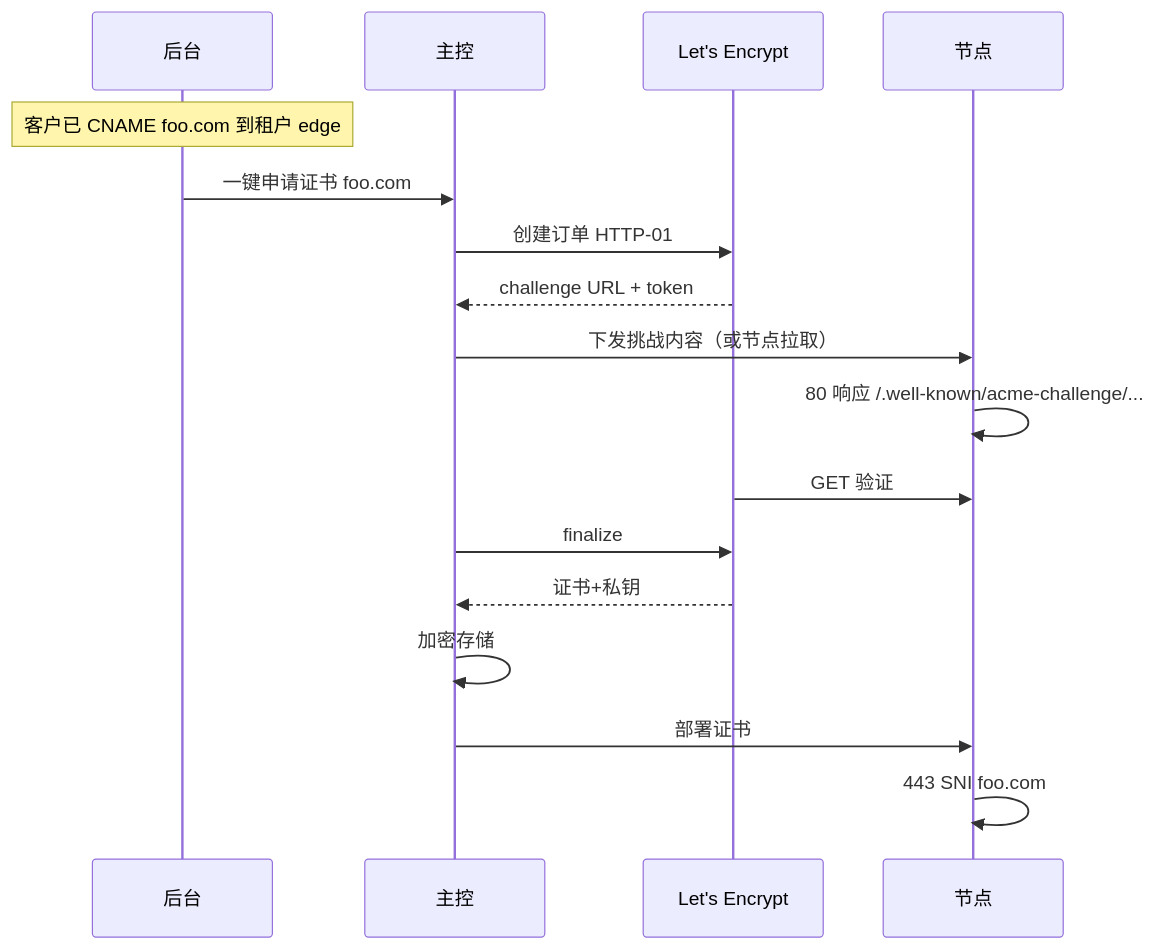
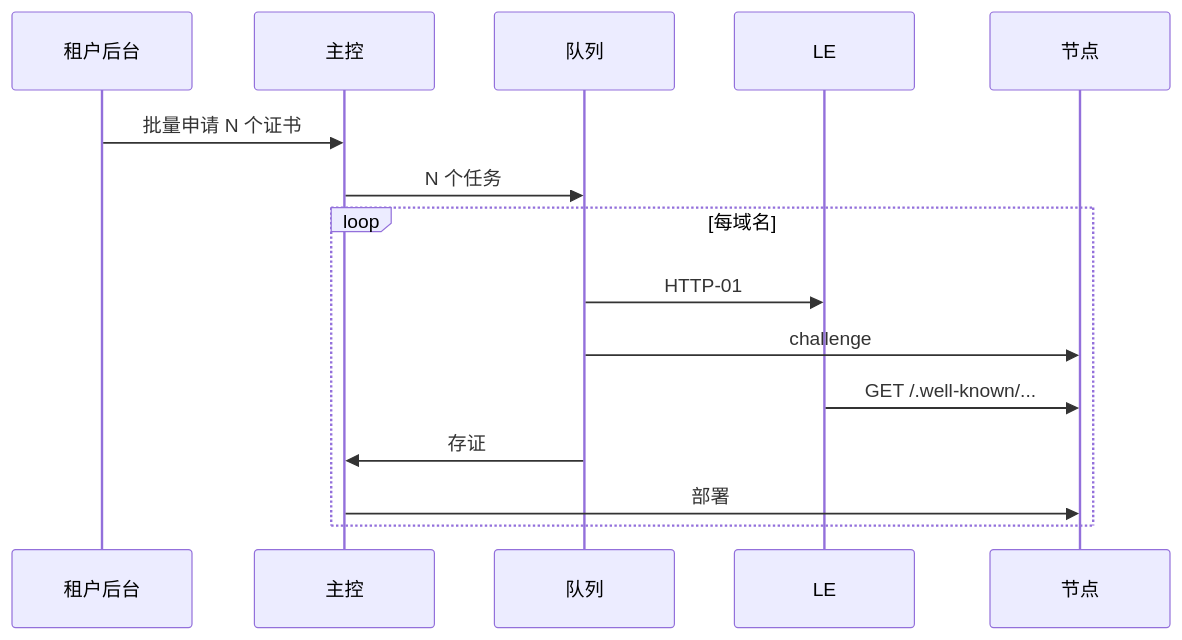
One commit to freejbgo/301 changed the second of 2 diagrams in docs/DEVELOPMENT-EDGE-POOL-HTTPS.md. Above: the diagram before and after it, drawn with Mermaid. The commit also changed other lines of this file, not shown here.

Commit message:
Docs: v1 spec with §0 confirmation list, bulk HTTP-01 certs, 52 tasks

````diff
--- a/docs/DEVELOPMENT-EDGE-POOL-HTTPS.md
+++ b/docs/DEVELOPMENT-EDGE-POOL-HTTPS.md
@@ -73,20 +75,18 @@
 ```mermaid
 sequenceDiagram
-    participant Admin as 后台
+    participant U as 租户后台
     participant M as 主控
-    participant LE as Let's Encrypt
+    participant Q as 队列
+    participant LE as LE
     participant Node as 节点
 
-    Note over Admin: 客户已 CNAME foo.com 到租户 edge
-    Admin->>M: 一键申请证书 foo.com
-    M->>LE: 创建订单 HTTP-01
-    LE-->>M: challenge URL + token
-    M->>Node: 下发挑战内容（或节点拉取）
-    Node->>Node: 80 响应 /.well-known/acme-challenge/...
-    LE->>Node: GET 验证
-    M->>LE: finalize
-    LE-->>M: 证书+私钥
-    M->>M: 加密存储
-    M->>Node: 部署证书
-    Node->>Node: 443 SNI foo.com
+    U->>M: 批量申请 N 个证书
+    M->>Q: N 个任务
+    loop 每域名
+        Q->>LE: HTTP-01
+        Q->>Node: challenge
+        LE->>Node: GET /.well-known/...
+        Q->>M: 存证
+        M->>Node: 部署
+    end
 ```
````
